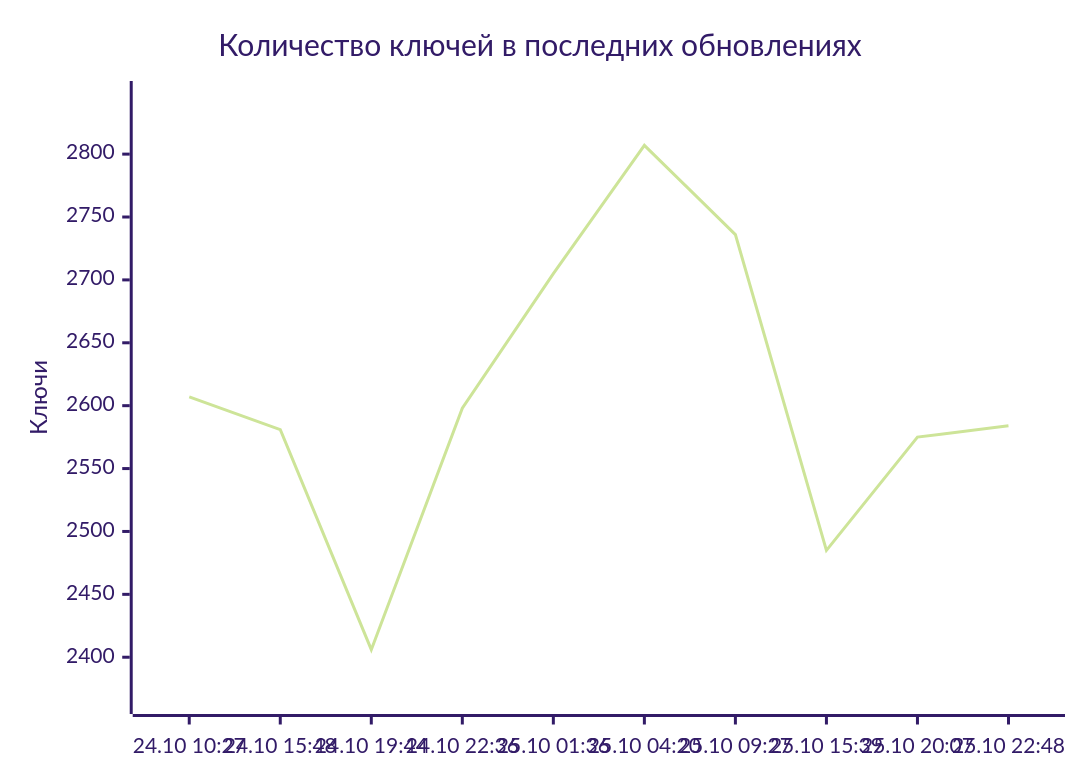
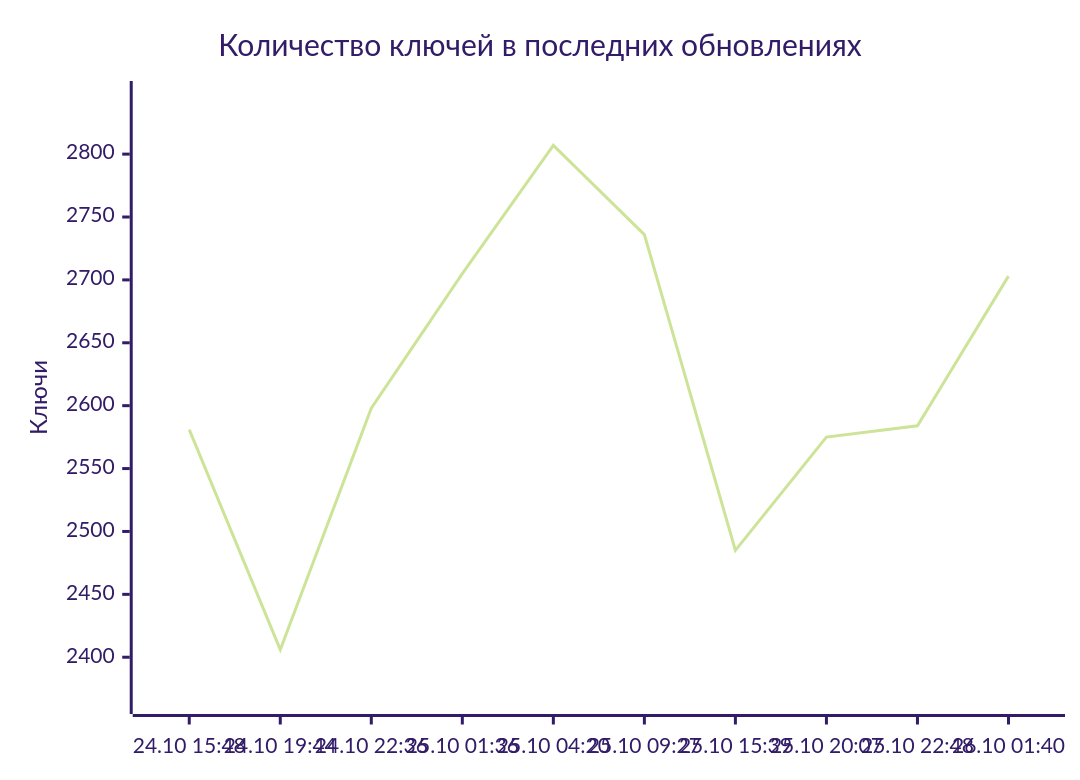
The diagram in README.md (markKikhtenko/WireVeil), drawn with Mermaid (forest theme) before and after one commit. The commit also changed other lines of this file and 12 other files, not shown here.

````diff
--- a/README.md
+++ b/README.md
@@ -55,7 +55,7 @@
 ```mermaid
 xychart-beta
     title "Количество ключей в последних обновлениях"
-    x-axis ["24.10 10:27", "24.10 15:48", "24.10 19:44", "24.10 22:36", "25.10 01:36", "25.10 04:20", "25.10 09:27", "25.10 15:39", "25.10 20:07", "25.10 22:48"]
+    x-axis ["24.10 15:48", "24.10 19:44", "24.10 22:36", "25.10 01:36", "25.10 04:20", "25.10 09:27", "25.10 15:39", "25.10 20:07", "25.10 22:48", "26.10 01:40"]
     y-axis "Ключи" 2365 --> 2848
-    line [2607, 2581, 2406, 2598, 2705, 2807, 2736, 2485, 2575, 2584]
+    line [2581, 2406, 2598, 2705, 2807, 2736, 2485, 2575, 2584, 2703]
 ```
````
